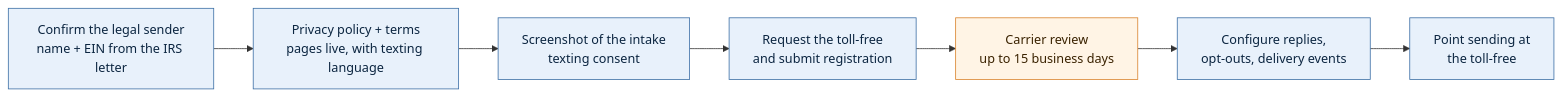
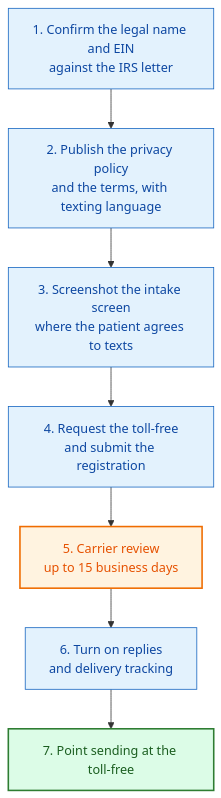
One commit to daava-hq/shared-docs changed the third of 5 diagrams in docs/office-number-texting-report.md. Above: the diagram before and after it, drawn with Mermaid. The commit also changed other lines of this file and 1 other file, not shown here.

First line of the commit message:
Restructure the texting report so the setup work reads in place

````diff
--- a/docs/office-number-texting-report.md
+++ b/docs/office-number-texting-report.md
@@ -177,14 +156,17 @@
 ```mermaid
-flowchart LR
-  A["Confirm the legal sender<br/>name + EIN from the IRS letter"] --> B["Privacy policy + terms<br/>pages live, with texting language"]
-  B --> C["Screenshot of the intake<br/>texting consent"]
-  C --> D["Request the toll-free<br/>and submit registration"]
-  D --> E["Carrier review<br/>up to 15 business days"]
-  E --> F["Configure replies,<br/>opt-outs, delivery events"]
-  F --> G["Point sending at<br/>the toll-free"]
+flowchart TD
+  A["1. Confirm the legal name and EIN<br/>against the IRS letter"] --> B["2. Publish the privacy policy<br/>and the terms, with texting language"]
+  B --> C["3. Screenshot the intake screen<br/>where the patient agrees to texts"]
+  C --> D["4. Request the toll-free<br/>and submit the registration"]
+  D --> E["5. Carrier review<br/>up to 15 business days"]
+  E --> F["6. Turn on replies<br/>and delivery tracking"]
+  F --> G["7. Point sending at the toll-free"]
 
-  classDef us fill:#e8f1fb,stroke:#3b6ea5,color:#0b2540;
-  classDef wait fill:#fff4e5,stroke:#d9822b,color:#3a2200;
-  class A,B,C,D,F,G us;
-  class E wait;
+  classDef actionNode fill:#e3f2fd,stroke:#1565c0,color:#0d47a1
+  classDef waitNode fill:#fff3e0,stroke:#ef6c00,stroke-width:2px,color:#e65100
+  classDef cleanNode fill:#dcfce7,stroke:#2e7d32,stroke-width:2px,color:#1b5e20
+
+  class A,B,C,D,F actionNode
+  class E waitNode
+  class G cleanNode
 ```
````
